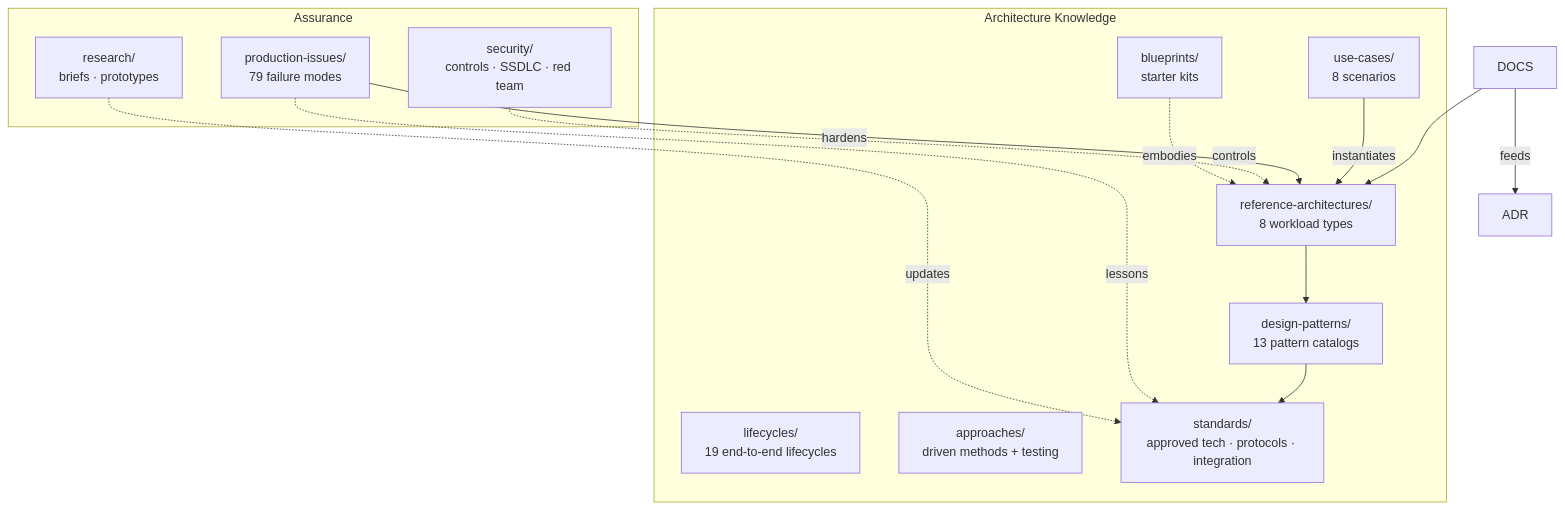
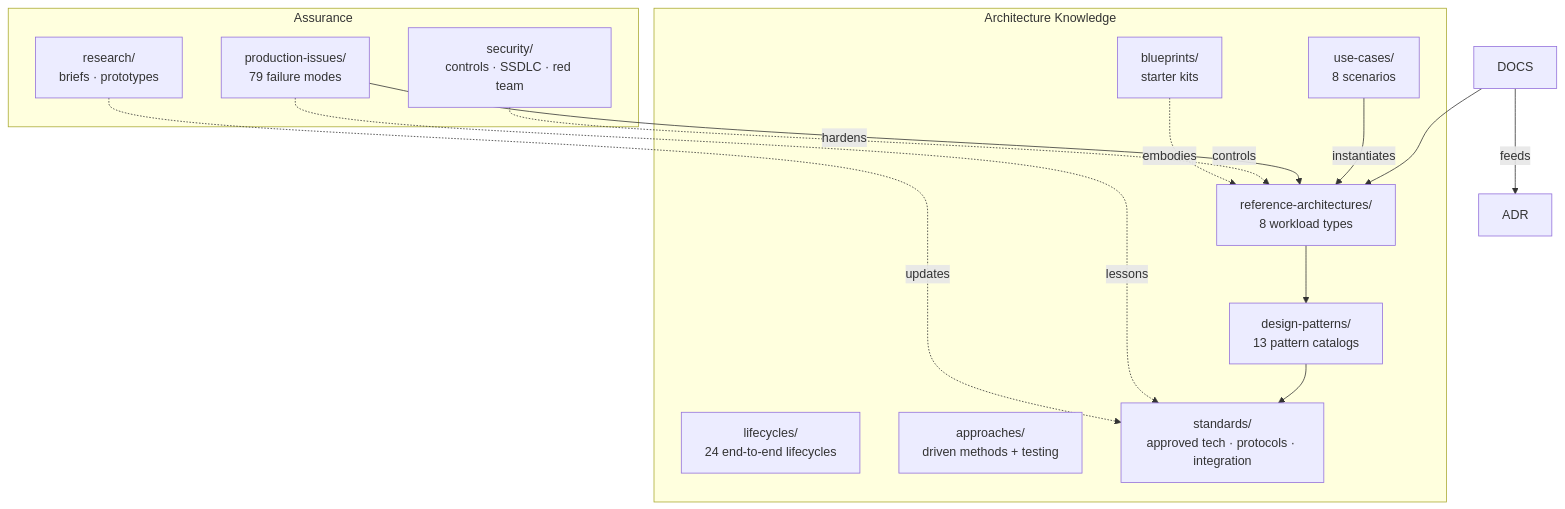
The diagram in README.md (MrKyaw/Enterprise-AI-Reference-Architecture), drawn with Mermaid before and after one commit. The commit also changed other lines of this file and 21 other files, not shown here.

````diff
--- a/README.md
+++ b/README.md
@@ -70,27 +70,27 @@
 ```mermaid
 flowchart TB
     subgraph Knowledge [Architecture Knowledge]
         RA[reference-architectures/<br/>8 workload types]
-        LC[lifecycles/<br/>19 end-to-end lifecycles]
+        LC[lifecycles/<br/>24 end-to-end lifecycles]
         PAT[design-patterns/<br/>13 pattern catalogs]
         APP[approaches/<br/>driven methods + testing]
         UC[use-cases/<br/>8 scenarios]
         STD[standards/<br/>approved tech · protocols · integration]
         BP[blueprints/<br/>starter kits]
     end
     subgraph Assurance [Assurance]
         SEC[security/<br/>controls · SSDLC · red team]
         RES[research/<br/>briefs · prototypes]
         PI[production-issues/<br/>79 failure modes]
     end
 
     RA --> PAT --> STD
     DOCS --> RA
     DOCS -->|feeds| ADR
     UC -->|instantiates| RA
     PI -->|hardens| RA
     PI -.lessons.-> STD
     SEC -.controls.-> RA
     RES -.updates.-> STD
     BP -.embodies.-> RA
 ```
````
